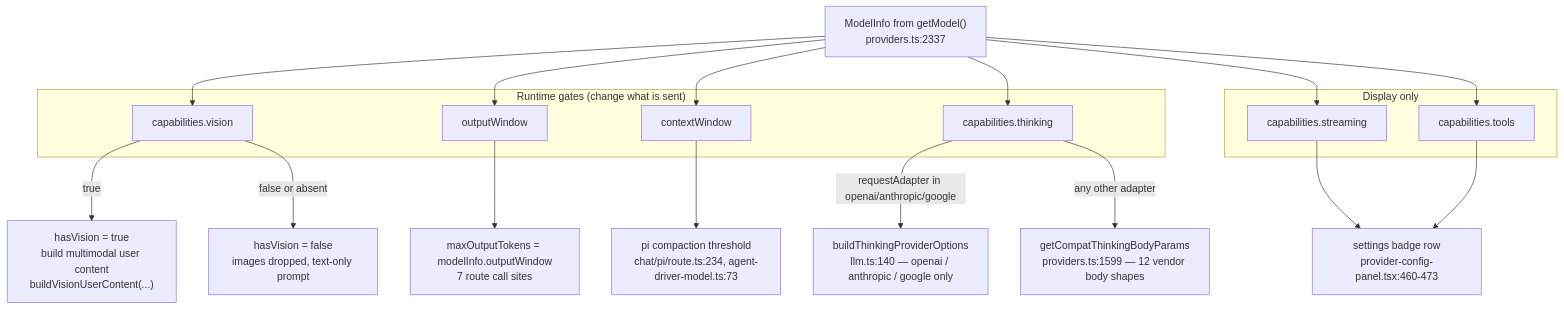
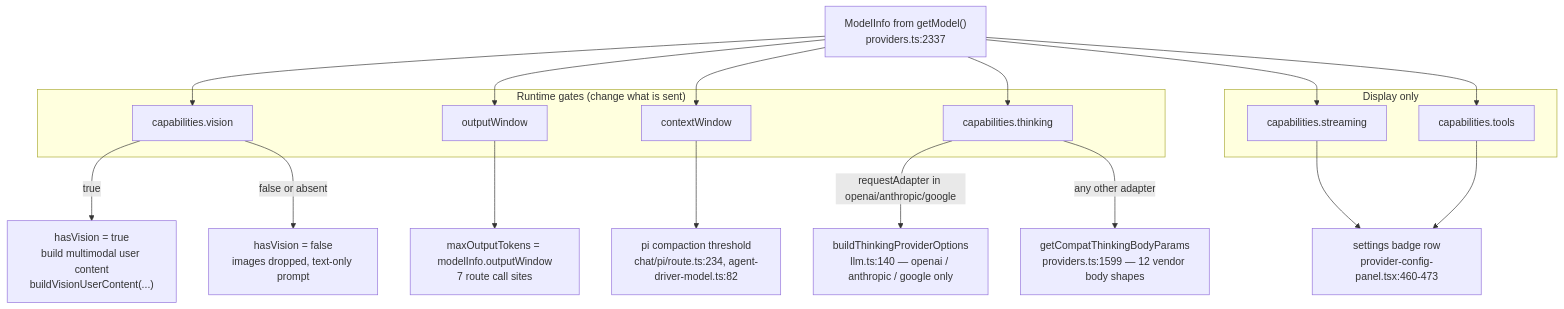
Before and after one commit to cajias/OpenMAIC: the diagram in docs/04-ai-provider-layer/02b-capability-shapes-and-gating.md, drawn with Mermaid. The commit also changed other lines of this file and 14 other files, not shown here.

````diff
--- a/docs/04-ai-provider-layer/02b-capability-shapes-and-gating.md
+++ b/docs/04-ai-provider-layer/02b-capability-shapes-and-gating.md
@@ -235,39 +235,39 @@
 ```mermaid
 flowchart TD
   mi["ModelInfo from getModel()<br/>providers.ts:2337"]
 
   subgraph gatesReal["Runtime gates (change what is sent)"]
     vis["capabilities.vision"]
     ow["outputWindow"]
     cw["contextWindow"]
     th["capabilities.thinking"]
   end
 
   subgraph gatesUi["Display only"]
     st["capabilities.streaming"]
     tl["capabilities.tools"]
   end
 
   visYes["hasVision = true<br/>build multimodal user content<br/>buildVisionUserContent(...)"]
   visNo["hasVision = false<br/>images dropped, text-only prompt"]
   owUse["maxOutputTokens = modelInfo.outputWindow<br/>7 route call sites"]
-  cwUse["pi compaction threshold<br/>chat/pi/route.ts:234, agent-driver-model.ts:73"]
+  cwUse["pi compaction threshold<br/>chat/pi/route.ts:234, agent-driver-model.ts:82"]
   thNative["buildThinkingProviderOptions<br/>llm.ts:140 — openai / anthropic / google only"]
   thCompat["getCompatThinkingBodyParams<br/>providers.ts:1599 — 12 vendor body shapes"]
   badge["settings badge row<br/>provider-config-panel.tsx:460-473"]
 
   mi --> vis
   mi --> ow
   mi --> cw
   mi --> th
   mi --> st
   mi --> tl
   vis -->|true| visYes
   vis -->|"false or absent"| visNo
   ow --> owUse
   cw --> cwUse
   th -->|"requestAdapter in openai/anthropic/google"| thNative
   th -->|"any other adapter"| thCompat
   st --> badge
   tl --> badge
 ```
````
